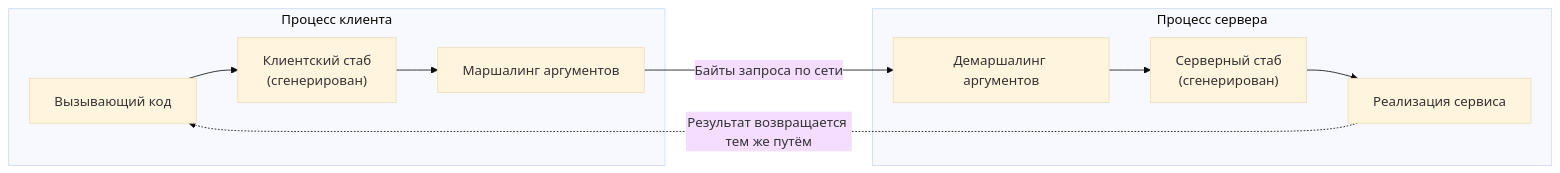
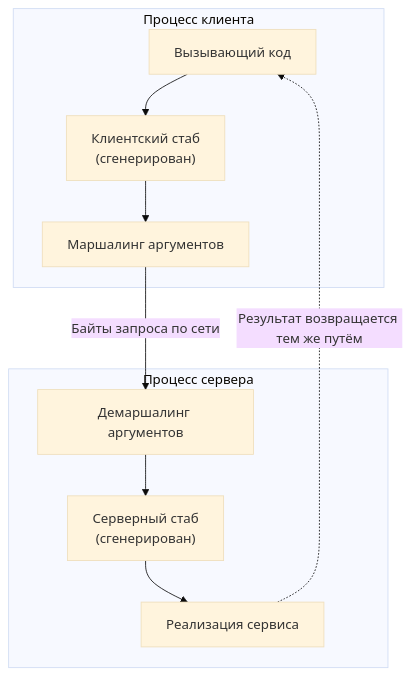
One commit to butyavk/system-design changed the diagram in src/content/docs/ru/communication/rpc-and-rest.mdx. Above: the diagram before and after it, drawn with Mermaid (base theme). The commit also changed 144 other files, not shown here.

````diff
--- a/src/content/docs/ru/communication/rpc-and-rest.mdx
+++ b/src/content/docs/ru/communication/rpc-and-rest.mdx
@@ -29,13 +29,13 @@
 ```mermaid
-flowchart LR
+flowchart TB
   subgraph client["Процесс клиента"]
     c1["Вызывающий код"] --> c2["Клиентский стаб<br/>(сгенерирован)"]
     c2 --> c3["Маршалинг аргументов"]
   end
   subgraph server["Процесс сервера"]
     s3["Демаршалинг аргументов"] --> s2["Серверный стаб<br/>(сгенерирован)"]
     s2 --> s1["Реализация сервиса"]
   end
   c3 -- "Байты запроса по сети" --> s3
   s1 -. "Результат возвращается тем же путём" .-> c1
 ```
````
